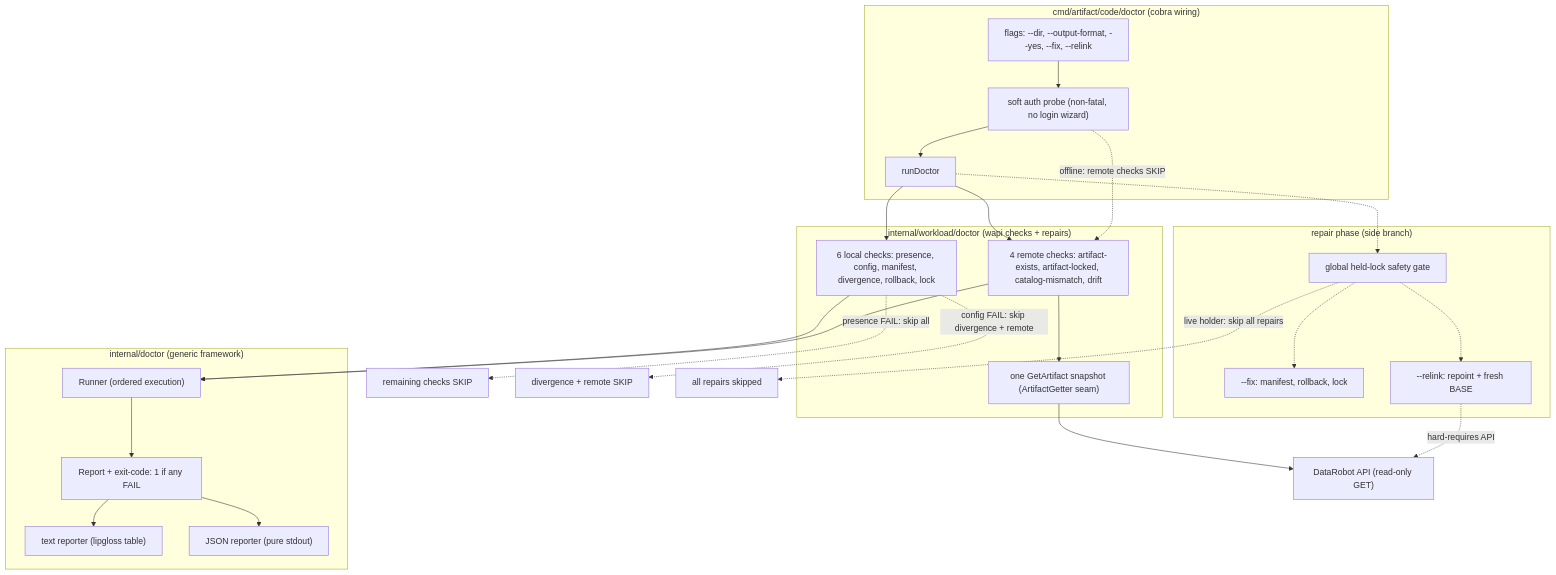
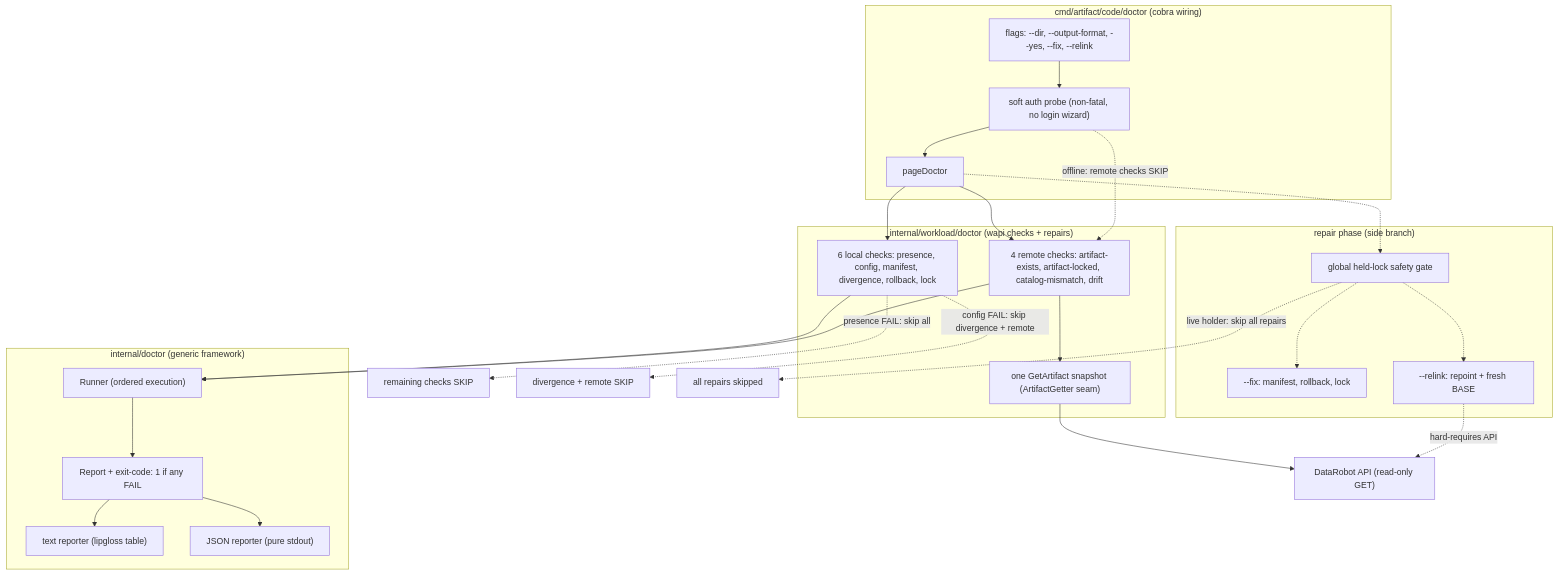
The first of 2 diagrams in docs/development/doctor.md (datarobot-oss/cli), drawn with Mermaid before and after one commit. The commit also changed 16 other files, not shown here.

````diff
--- a/docs/development/doctor.md
+++ b/docs/development/doctor.md
@@ -49,51 +49,51 @@
 ```mermaid
 flowchart TD
     subgraph CMD["cmd/artifact/code/doctor (cobra wiring)"]
         F["flags: --dir, --output-format, --yes, --fix, --relink"]
         P["soft auth probe (non-fatal, no login wizard)"]
-        RUN["runDoctor"]
+        RUN["pageDoctor"]
     end
 
     subgraph WL["internal/workload/doctor (wapi checks + repairs)"]
         L["6 local checks: presence, config, manifest, divergence, rollback, lock"]
         R["4 remote checks: artifact-exists, artifact-locked, catalog-mismatch, drift"]
         S["one GetArtifact snapshot (ArtifactGetter seam)"]
     end
 
     subgraph CORE["internal/doctor (generic framework)"]
         RN["Runner (ordered execution)"]
         REP["Report + exit-code: 1 if any FAIL"]
         T["text reporter (lipgloss table)"]
         J["JSON reporter (pure stdout)"]
     end
 
     API["DataRobot API (read-only GET)"]
 
     F --> P
     P --> RUN
     RUN --> L
     RUN --> R
     R --> S
     S --> API
     L --> RN
     R --> RN
     RN --> REP
     REP --> T
     REP --> J
 
     P -.->|"offline: remote checks SKIP"| R
     L -.->|"presence FAIL: skip all"| SK1["remaining checks SKIP"]
     L -.->|"config FAIL: skip divergence + remote"| SK2["divergence + remote SKIP"]
 
     subgraph REPAIR["repair phase (side branch)"]
         G["global held-lock safety gate"]
         FIX["--fix: manifest, rollback, lock"]
         REL["--relink: repoint + fresh BASE"]
     end
 
     RUN -.-> G
     G -.->|"live holder: skip all repairs"| SK3["all repairs skipped"]
     G -.-> FIX
     G -.-> REL
     REL -.->|"hard-requires API"| API
 ```
````
